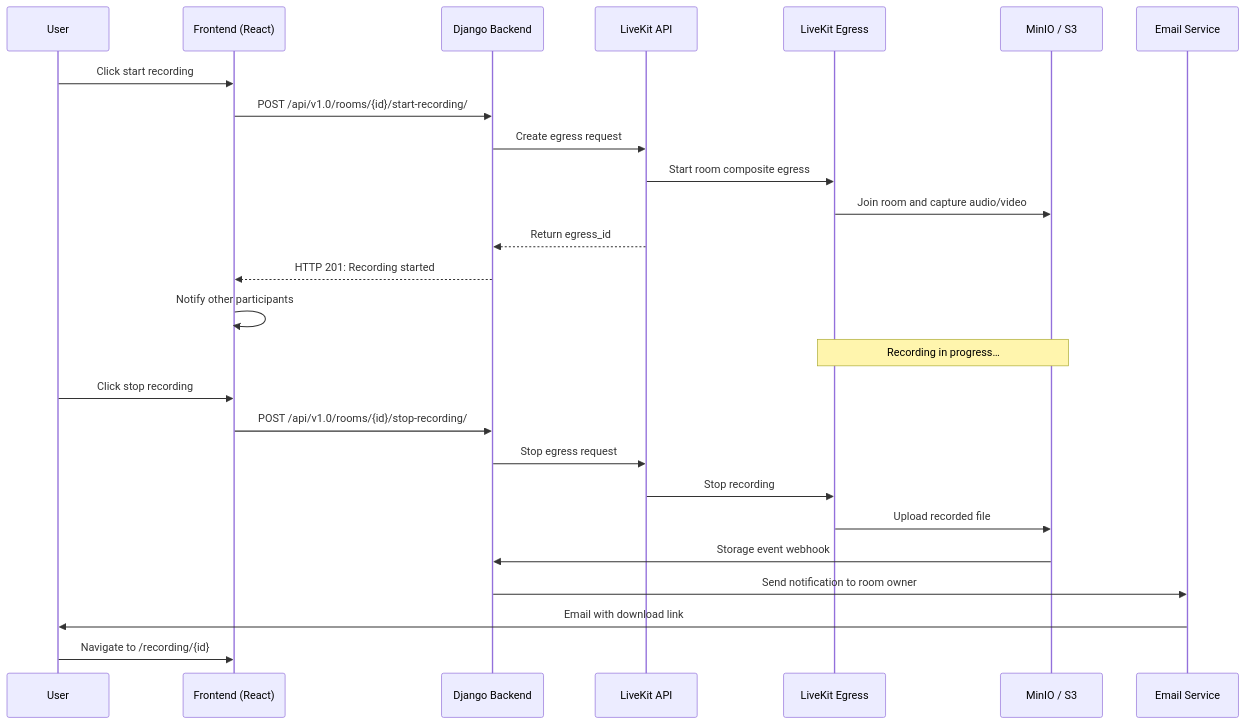
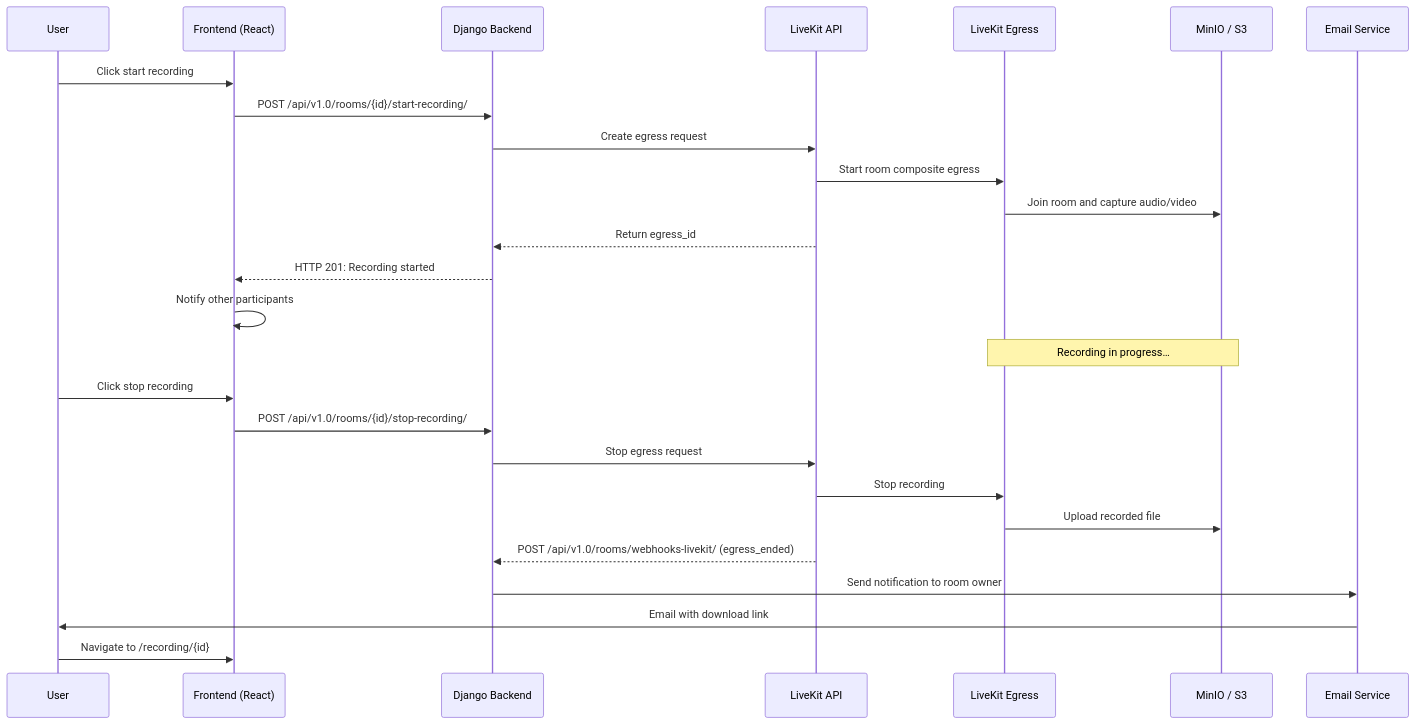
Before and after one commit to suitenumerique/meet: the diagram in docs/self-hosting/configuration/recording.md, drawn with Mermaid. The commit also changed other lines of this file and 10 other files, not shown here.

Commit message:
📝(doc) fix documentation for recording with new flow

````diff
--- a/docs/self-hosting/configuration/recording.md
+++ b/docs/self-hosting/configuration/recording.md
@@ -14,31 +14,31 @@
 ```mermaid
 sequenceDiagram
     participant User
     participant Frontend as Frontend (React)
     participant Backend as Django Backend
     participant LiveKit as LiveKit API
     participant Egress as LiveKit Egress
     participant Storage as MinIO / S3
     participant Email as Email Service
 
     User->>Frontend: Click start recording
     Frontend->>Backend: POST /api/v1.0/rooms/{id}/start-recording/
     Backend->>LiveKit: Create egress request
     LiveKit->>Egress: Start room composite egress
     Egress->>Storage: Join room and capture audio/video
     LiveKit-->>Backend: Return egress_id
     Backend-->>Frontend: HTTP 201: Recording started
     Frontend->>Frontend: Notify other participants
 
     Note over Egress,Storage: Recording in progress…
 
     User->>Frontend: Click stop recording
     Frontend->>Backend: POST /api/v1.0/rooms/{id}/stop-recording/
     Backend->>LiveKit: Stop egress request
     LiveKit->>Egress: Stop recording
     Egress->>Storage: Upload recorded file
-    Storage->>Backend: Storage event webhook
+    LiveKit-->>Backend: POST /api/v1.0/rooms/webhooks-livekit/ (egress_ended)
     Backend->>Email: Send notification to room owner
     Email->>User: Email with download link
     User->>Frontend: Navigate to /recording/{id}
 ```
````
